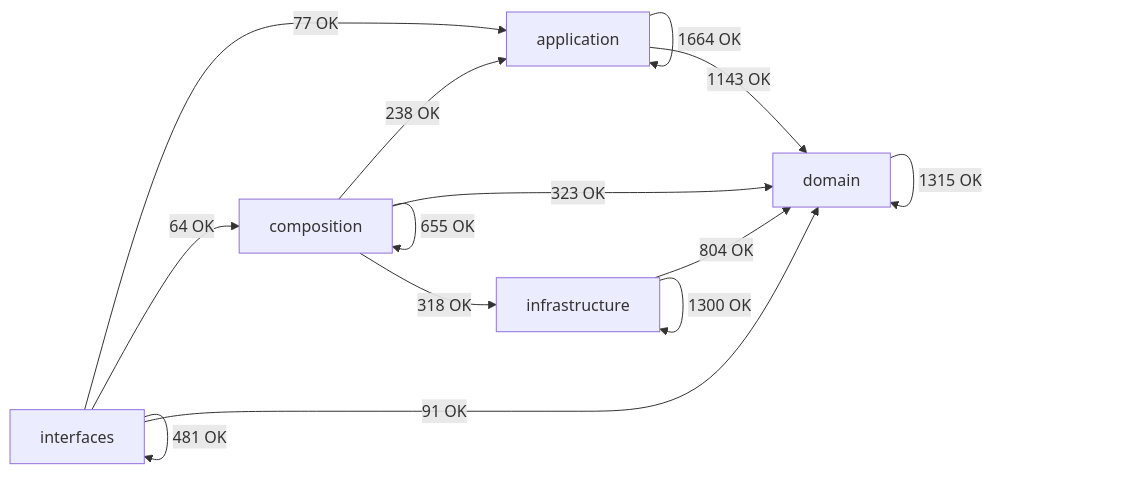
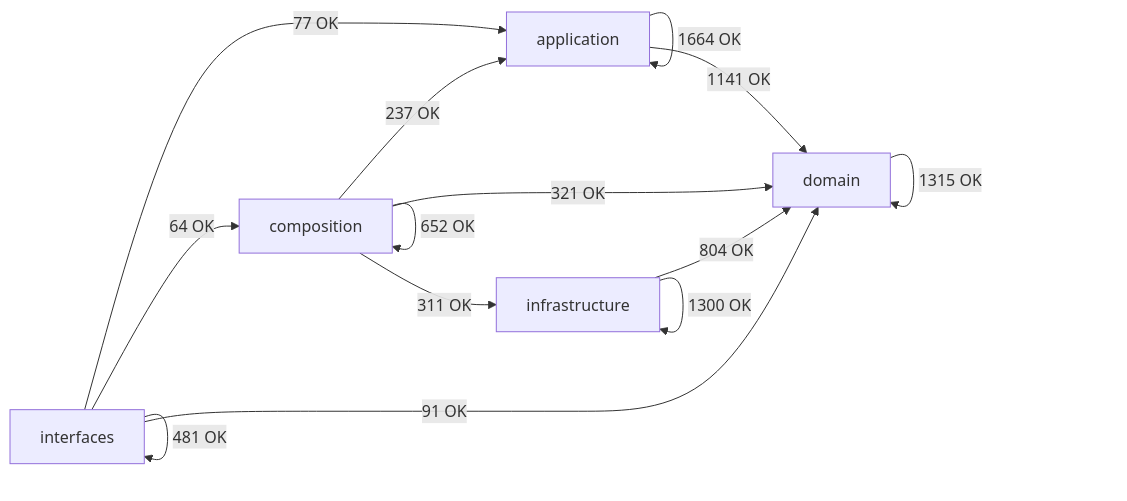
Before and after one commit to SatoryKono/BioactivityDataAcquisition: the diagram in docs/02-architecture/generated/module-dependency-map.md, drawn with Mermaid. The commit also changed other lines of this file and 22 other files, not shown here.

````diff
--- a/docs/02-architecture/generated/module-dependency-map.md
+++ b/docs/02-architecture/generated/module-dependency-map.md
@@ -17,21 +17,21 @@
 ```mermaid
 flowchart LR
     domain[domain]
     application[application]
     infrastructure[infrastructure]
     composition[composition]
     interfaces[interfaces]
     application -->|1664 OK| application
-    application -->|1143 OK| domain
-    composition -->|238 OK| application
-    composition -->|655 OK| composition
-    composition -->|323 OK| domain
-    composition -->|318 OK| infrastructure
+    application -->|1141 OK| domain
+    composition -->|237 OK| application
+    composition -->|652 OK| composition
+    composition -->|321 OK| domain
+    composition -->|311 OK| infrastructure
     domain -->|1315 OK| domain
     infrastructure -->|804 OK| domain
     infrastructure -->|1300 OK| infrastructure
     interfaces -->|77 OK| application
     interfaces -->|64 OK| composition
     interfaces -->|91 OK| domain
     interfaces -->|481 OK| interfaces
 ```
````
